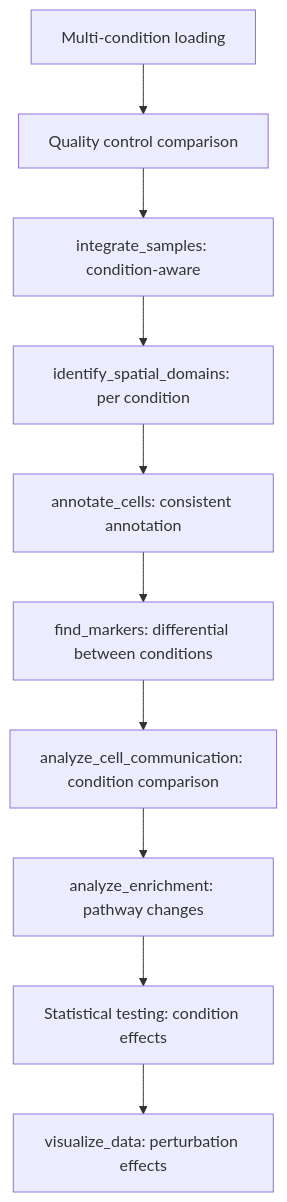
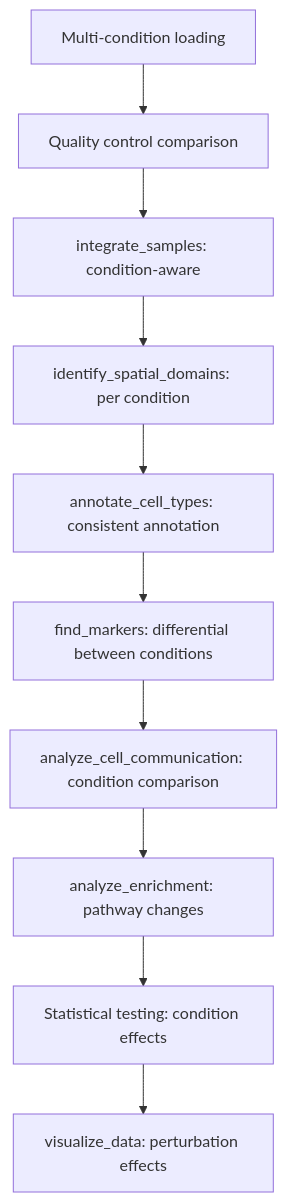
The seventh of 7 diagrams in docs/reference/quick-reference/common-workflows.md (cafferychen777/ChatSpatial), drawn with Mermaid before and after one commit. The commit also changed other lines of this file and 18 other files, not shown here.

First line of the commit message:
Rename cell annotation and spatial analysis models and tools

````diff
--- a/docs/reference/quick-reference/common-workflows.md
+++ b/docs/reference/quick-reference/common-workflows.md
@@ -433,12 +433,12 @@
 ```mermaid
 graph TD
     A[Multi-condition loading] --> B[Quality control comparison]
     B --> C[integrate_samples: condition-aware]
     C --> D[identify_spatial_domains: per condition]
-    D --> E[annotate_cells: consistent annotation]
+    D --> E[annotate_cell_types: consistent annotation]
     E --> F[find_markers: differential between conditions]
     F --> G[analyze_cell_communication: condition comparison]  
     G --> H[analyze_enrichment: pathway changes]
     H --> I[Statistical testing: condition effects]
     I --> J[visualize_data: perturbation effects]
 ```
````
